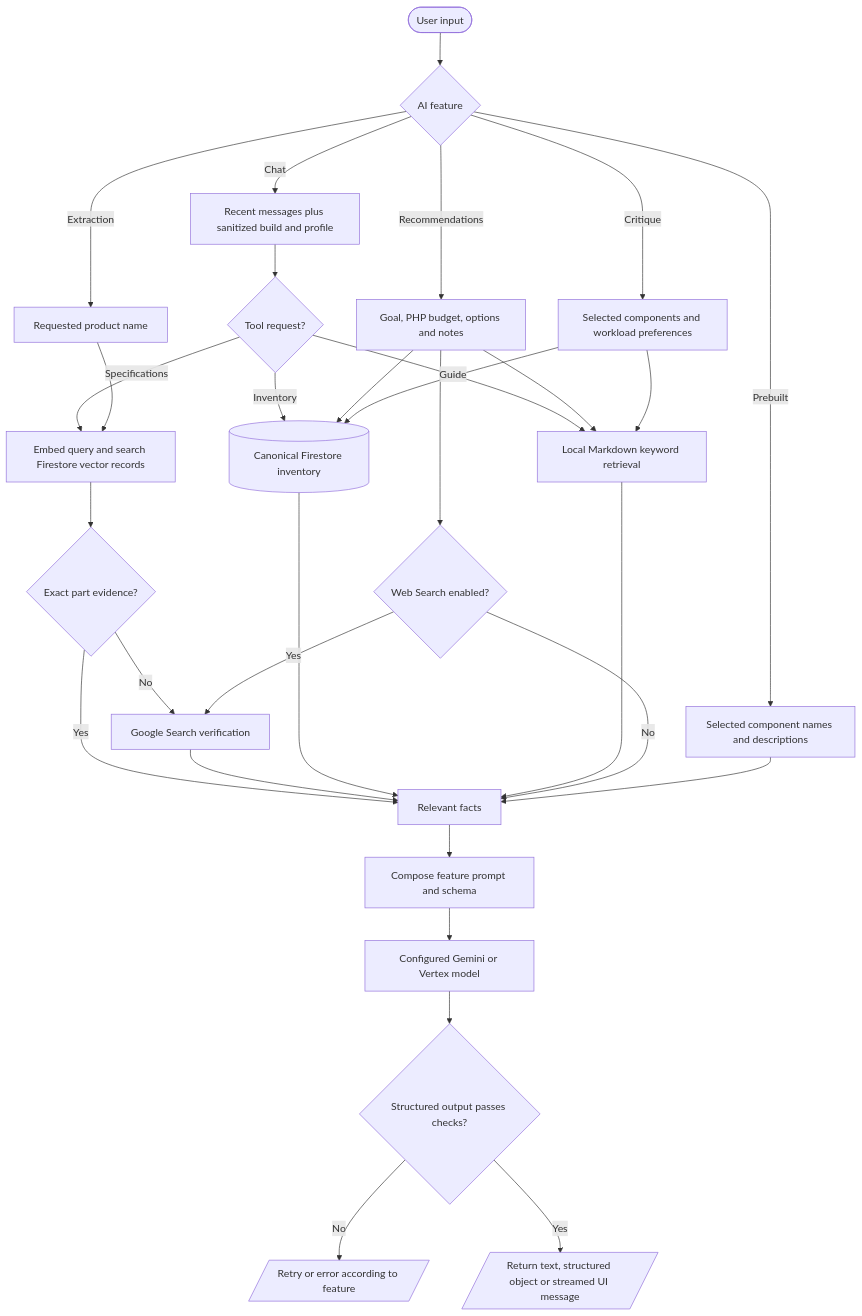
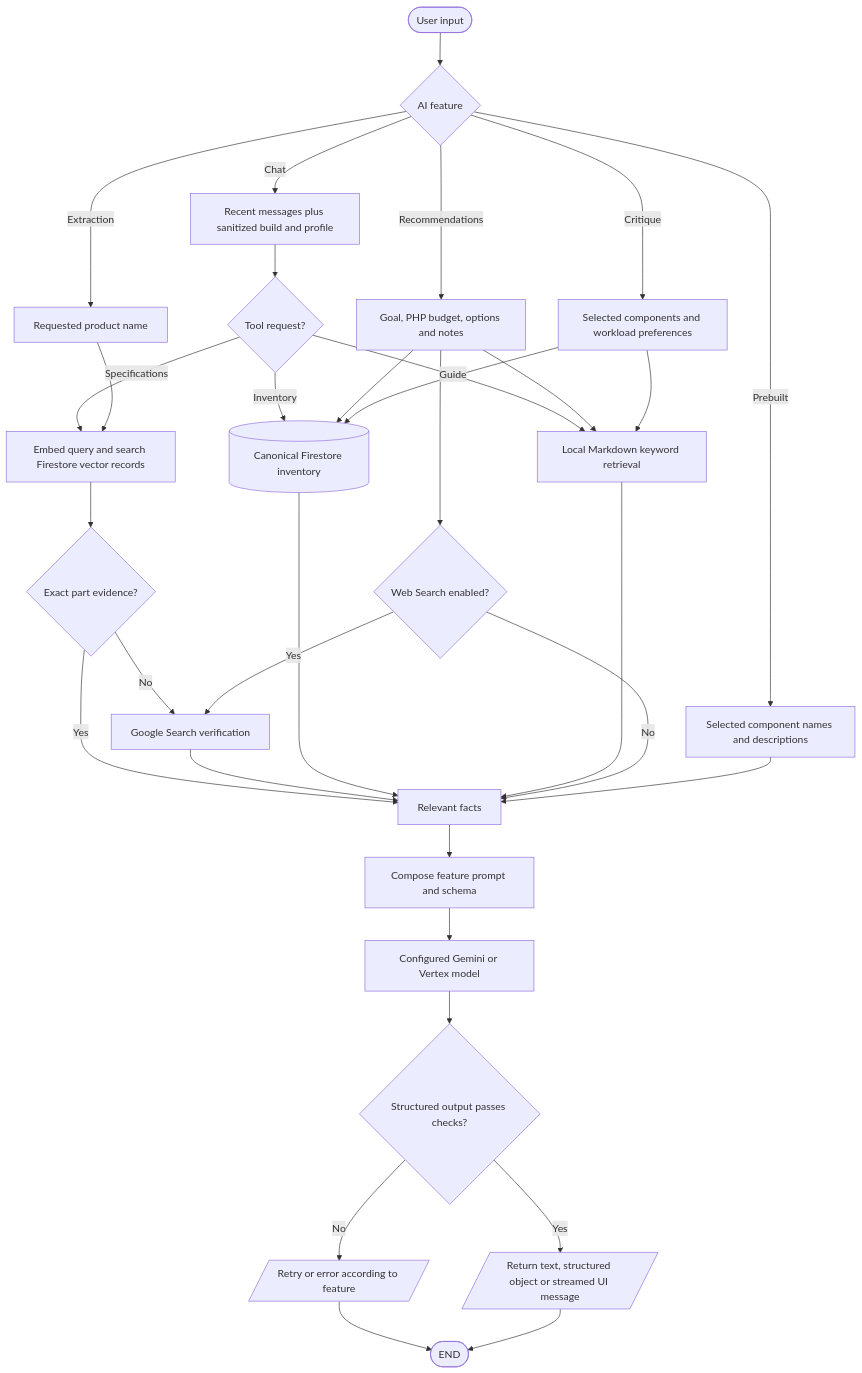
The diagram in docs/flowcharts/ai-system/ai-data-processing-flowchart.md (VirgenRayzon/BuilbotAI), drawn with Mermaid before and after one commit. The commit also changed other lines of this file and 109 other files, not shown here.

Commit message:
feat(builder): add live recommendations, budget slider, and updated system flowcharts

````diff
--- a/docs/flowcharts/ai-system/ai-data-processing-flowchart.md
+++ b/docs/flowcharts/ai-system/ai-data-processing-flowchart.md
@@ -3,33 +7,35 @@
 ```mermaid
 flowchart TD
   Start([User input]) --> Feature{AI feature}
   Feature -- Chat --> ChatInput[Recent messages plus sanitized build and profile]
   Feature -- Recommendations --> AdvisorInput[Goal, PHP budget, options and notes]
   Feature -- Critique --> BuildInput[Selected components and workload preferences]
   Feature -- Extraction --> PartInput[Requested product name]
   Feature -- Prebuilt --> PrebuiltInput[Selected component names and descriptions]
   ChatInput --> ChatTools{Tool request?}
   ChatTools -- Inventory --> Catalog[(Canonical Firestore inventory)]
   ChatTools -- Guide --> Knowledge[Local Markdown keyword retrieval]
   ChatTools -- Specifications --> Vector[Embed query and search Firestore vector records]
   Vector --> Match{Exact part evidence?}
   Match -- No --> Web[Google Search verification]
   Match -- Yes --> Context[Relevant facts]
   Web --> Context
   Catalog --> Context
   Knowledge --> Context
   AdvisorInput --> Catalog
   AdvisorInput --> Knowledge
   AdvisorInput --> WebOptional{Web Search enabled?}
   WebOptional -- Yes --> Web
   WebOptional -- No --> Context
   BuildInput --> Catalog
   BuildInput --> Knowledge
   PartInput --> Vector
   PrebuiltInput --> Context
   Context --> Prompt[Compose feature prompt and schema]
   Prompt --> Model[Configured Gemini or Vertex model]
   Model --> Validate{Structured output passes checks?}
   Validate -- No --> Error[/Retry or error according to feature/]
   Validate -- Yes --> Result[/Return text, structured object or streamed UI message/]
+  Error --> Finish([END])
+  Result --> Finish
 ```
````
